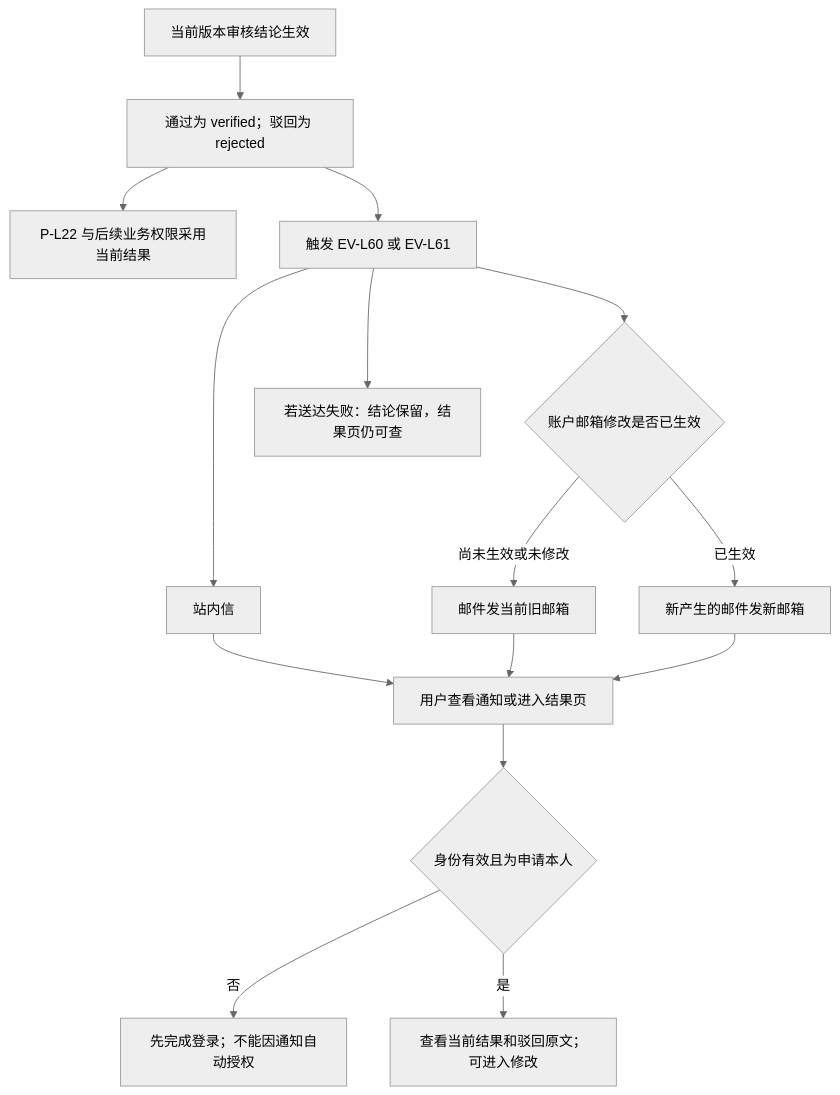
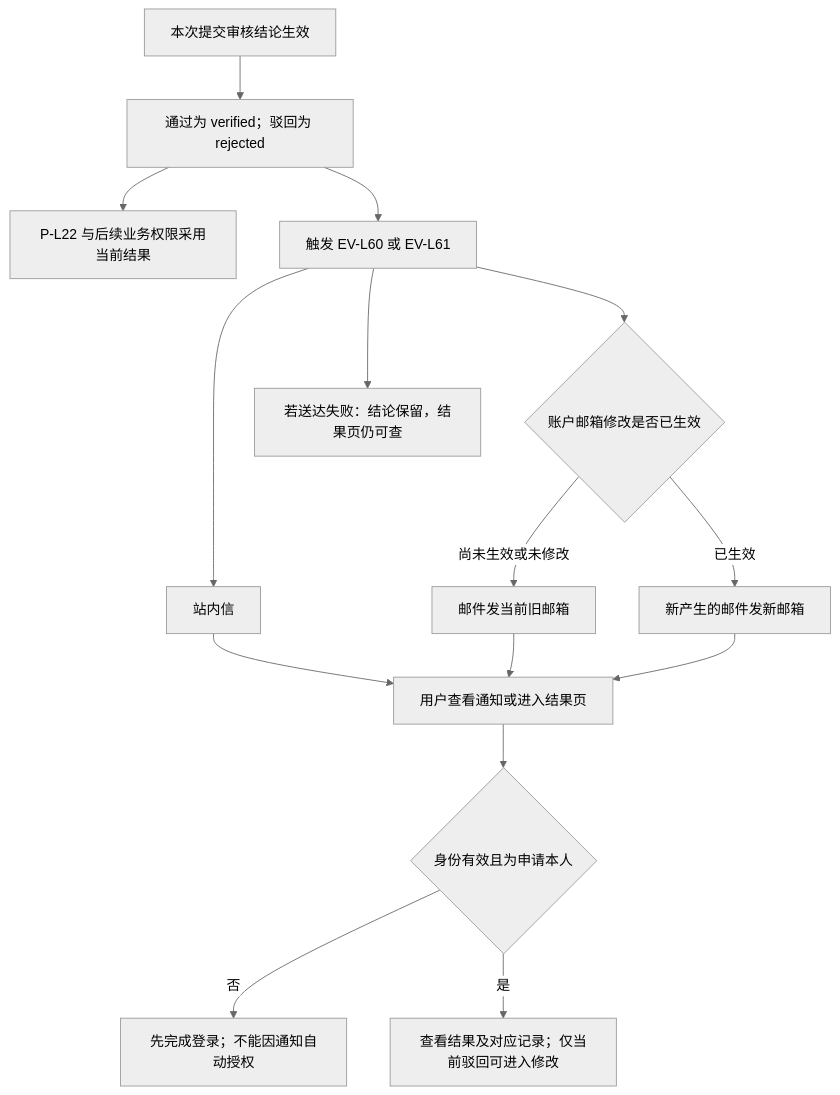
Before and after one commit to wxblockchain/Chain-Financing: the fourth of 5 diagrams in lending-platform/PRD/v2.0-资金方机构认证审核/资金方机构认证审核-流程图与状态机.md, drawn with Mermaid (neutral theme). The commit also changed other lines of this file and 1 other file, not shown here.

````diff
--- a/lending-platform/PRD/v2.0-资金方机构认证审核/资金方机构认证审核-流程图与状态机.md
+++ b/lending-platform/PRD/v2.0-资金方机构认证审核/资金方机构认证审核-流程图与状态机.md
@@ -136,17 +136,17 @@
 ```mermaid
 flowchart TD
-    A[当前版本审核结论生效] --> B[通过为 verified；驳回为 rejected]
+    A[本次提交审核结论生效] --> B[通过为 verified；驳回为 rejected]
     B --> C[P-L22 与后续业务权限采用当前结果]
     B --> D[触发 EV-L60 或 EV-L61]
     D --> E[站内信]
     D --> F{账户邮箱修改是否已生效}
     F -->|尚未生效或未修改| G[邮件发当前旧邮箱]
     F -->|已生效| H[新产生的邮件发新邮箱]
     E --> I[用户查看通知或进入结果页]
     G --> I
     H --> I
     I --> J{身份有效且为申请本人}
     J -->|否| K[先完成登录；不能因通知自动授权]
-    J -->|是| L[查看当前结果和驳回原文；可进入修改]
+    J -->|是| L[查看结果及对应记录；仅当前驳回可进入修改]
     D --> M[若送达失败：结论保留，结果页仍可查]
 ```
````
